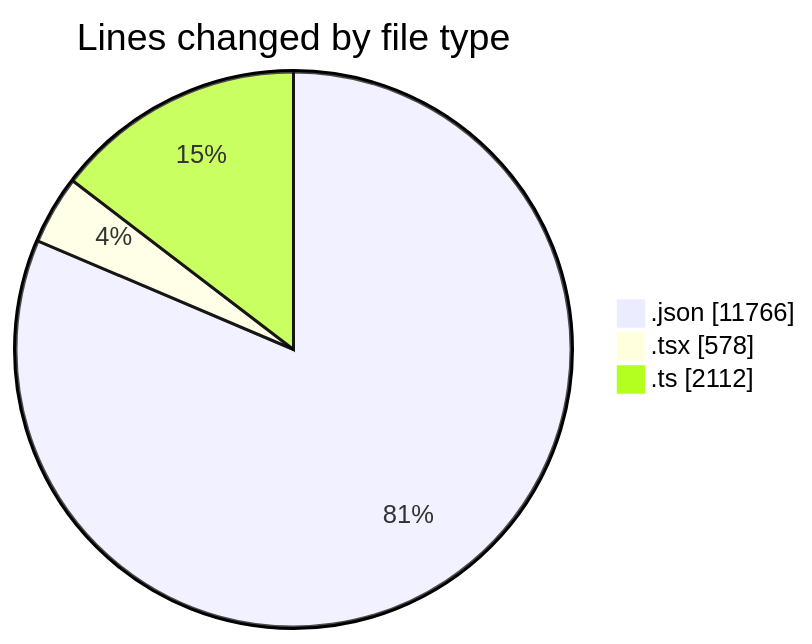
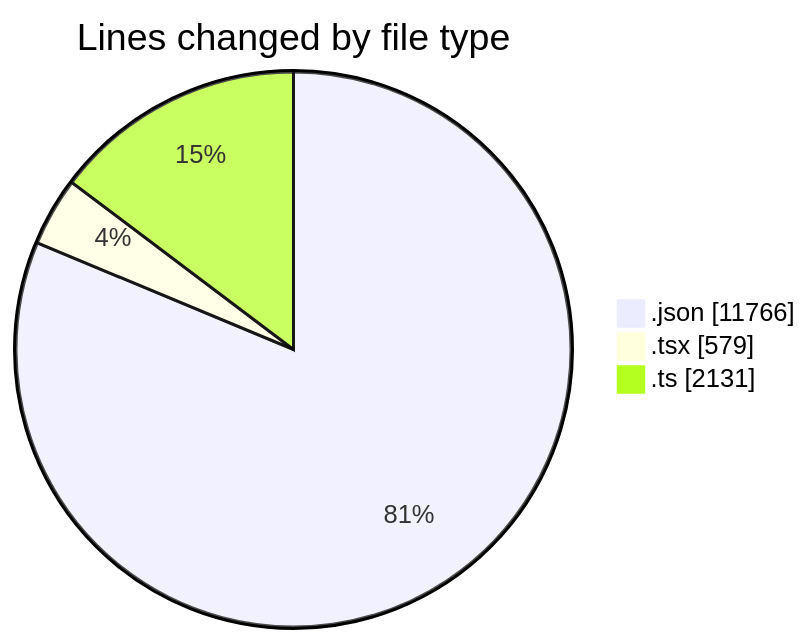
The first of 2 diagrams in 2026-04-16/airfeed-analytics-dashboard/README.md (nxtqubesakshisongat/code-tracking), drawn with Mermaid before and after one commit. The commit also changed other lines of this file and 1 other file, not shown here.

````diff
--- a/2026-04-16/airfeed-analytics-dashboard/README.md
+++ b/2026-04-16/airfeed-analytics-dashboard/README.md
@@ -31,7 +31,7 @@
 ```mermaid
 pie showData
 title Lines changed by file type
 ".json" : 11766
-".tsx" : 578
-".ts" : 2112
+".tsx" : 579
+".ts" : 2131
 ```
````
